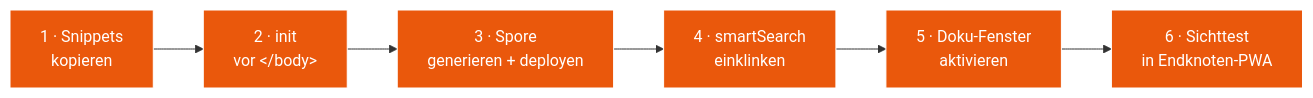
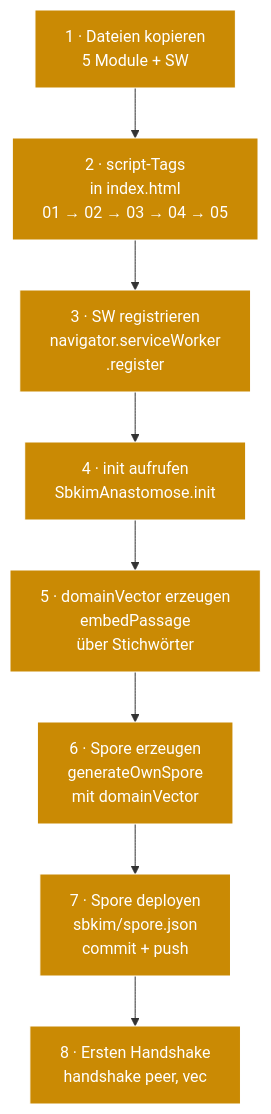
The diagram in docs/components/09_einbau_pwa.md (lausiklauskn-png/Sage-Protokol), drawn with Mermaid before and after one commit. The commit also changed other lines of this file and 5 other files, not shown here.

````diff
--- a/docs/components/09_einbau_pwa.md
+++ b/docs/components/09_einbau_pwa.md
@@ -25,11 +45,16 @@
 ```mermaid
-flowchart LR
-  S1[1 · Snippets<br/>kopieren] --> S2[2 · init<br/>vor &lt;/body&gt;]
-  S2 --> S3[3 · Spore<br/>generieren + deployen]
-  S3 --> S4[4 · smartSearch<br/>einklinken]
-  S4 --> S5[5 · Doku-Fenster<br/>aktivieren]
-  S5 --> S6[6 · Sichttest<br/>in Endknoten-PWA]
+flowchart TB
+  A1[1 · Dateien kopieren<br/>5 Module + SW]
+  A2[2 · script-Tags<br/>in index.html<br/>01 → 02 → 03 → 04 → 05]
+  A3[3 · SW registrieren<br/>navigator.serviceWorker<br/>.register]
+  A4[4 · init aufrufen<br/>SbkimAnastomose.init]
+  A5[5 · domainVector erzeugen<br/>embedPassage<br/>über Stichwörter]
+  A6[6 · Spore erzeugen<br/>generateOwnSpore<br/>mit domainVector]
+  A7[7 · Spore deployen<br/>sbkim/spore.json<br/>commit + push]
+  A8[8 · Ersten Handshake<br/>handshake peer, vec]
 
-  classDef todo fill:#EA580C,color:#fff,stroke:#fff
-  class S1,S2,S3,S4,S5,S6 todo
+  A1 --> A2 --> A3 --> A4 --> A5 --> A6 --> A7 --> A8
+
+  classDef step fill:#CA8A04,color:#fff,stroke:#fff,stroke-width:1px
+  class A1,A2,A3,A4,A5,A6,A7,A8 step
 ```
````
